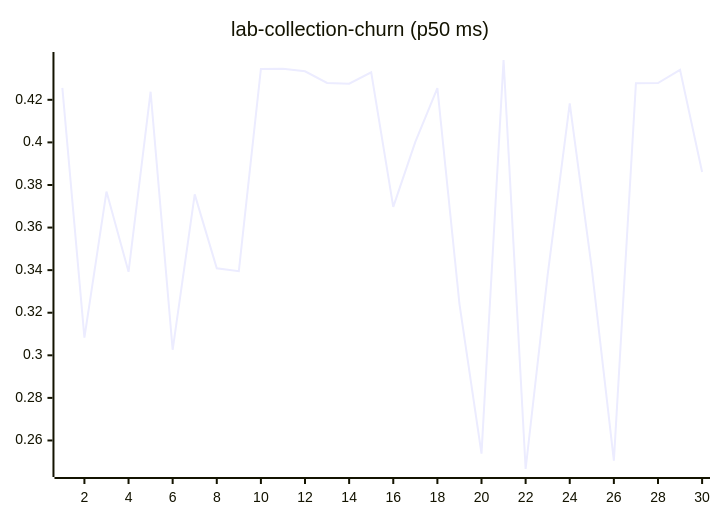
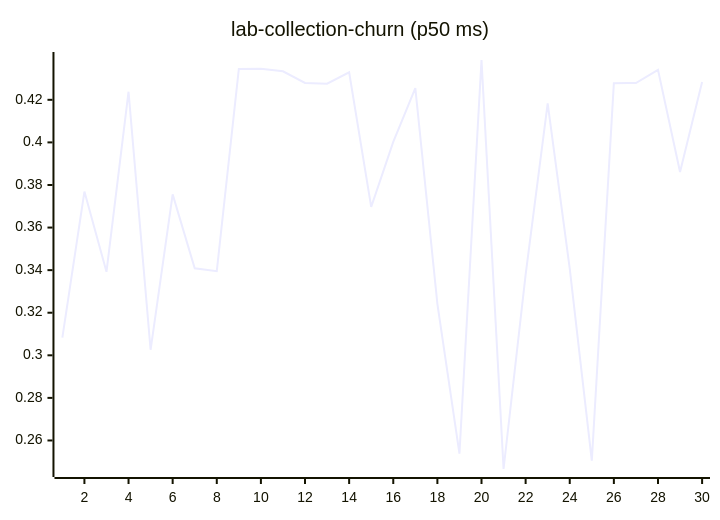
Before and after one commit to josha/Facet: diagram 11 of 27 in README.md, drawn with Mermaid. The commit also changed other lines of this file and 2 other files, not shown here.

````diff
--- a/README.md
+++ b/README.md
@@ -133,6 +133,6 @@
 ```mermaid
 xychart-beta
     title "lab-collection-churn (p50 ms)"
     x-axis 1 --> 30
-    line [0.4256, 0.3083, 0.3769, 0.3392, 0.4238, 0.3026, 0.3756, 0.3409, 0.3395, 0.4345, 0.4346, 0.4334, 0.4279, 0.4276, 0.4329, 0.3697, 0.4002, 0.4255, 0.3242, 0.2538, 0.4387, 0.2466, 0.3379, 0.4183, 0.3407, 0.2505, 0.4278, 0.4279, 0.4341, 0.3861]
+    line [0.3083, 0.3769, 0.3392, 0.4238, 0.3026, 0.3756, 0.3409, 0.3395, 0.4345, 0.4346, 0.4334, 0.4279, 0.4276, 0.4329, 0.3697, 0.4002, 0.4255, 0.3242, 0.2538, 0.4387, 0.2466, 0.3379, 0.4183, 0.3407, 0.2505, 0.4278, 0.4279, 0.4341, 0.3861, 0.4284]
 ```
````
